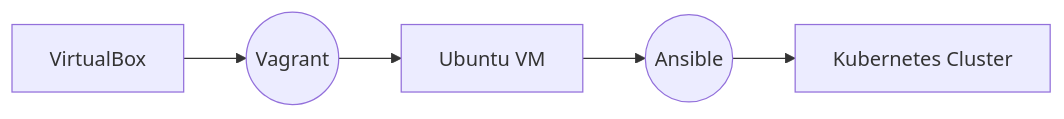
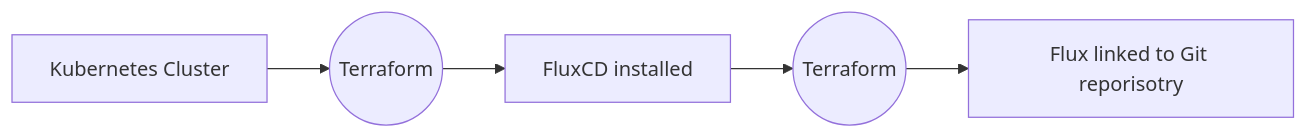
The diagram in bootstrap/fluxcd/README.md (bibAtdev/GitOps), drawn with Mermaid before and after one commit. The commit also changed other lines of this file and 4 other files, not shown here.

````diff
--- a/bootstrap/fluxcd/README.md
+++ b/bootstrap/fluxcd/README.md
@@ -9,7 +10,7 @@
 ```mermaid
 graph LR
-A[VirtualBox] --> B((Vagrant))
-B --> C[Ubuntu VM]
-C --> D((Ansible))
-D --> E[Kubernetes Cluster]
+A[Kubernetes Cluster] --> B((Terraform))
+B --> C[FluxCD installed]
+C --> D((Terraform))
+D --> E[Flux linked to Git reporisotry]
 ```
````
